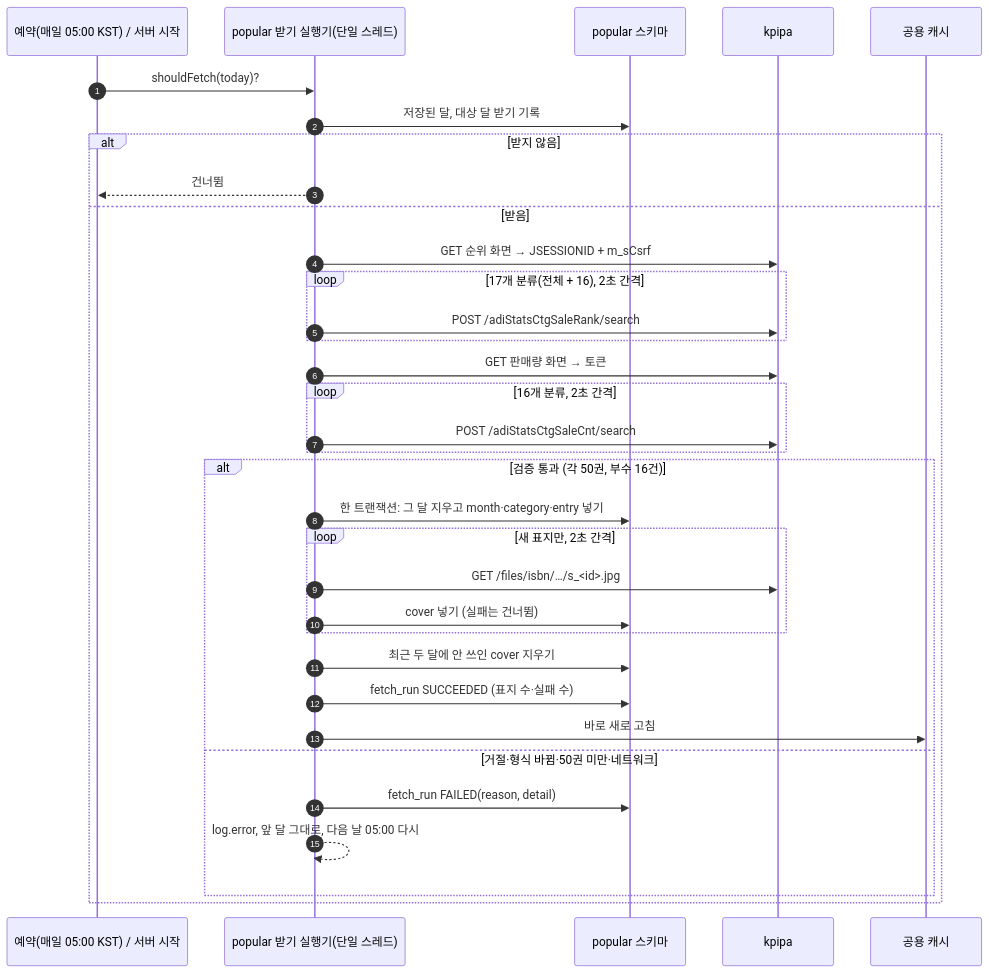
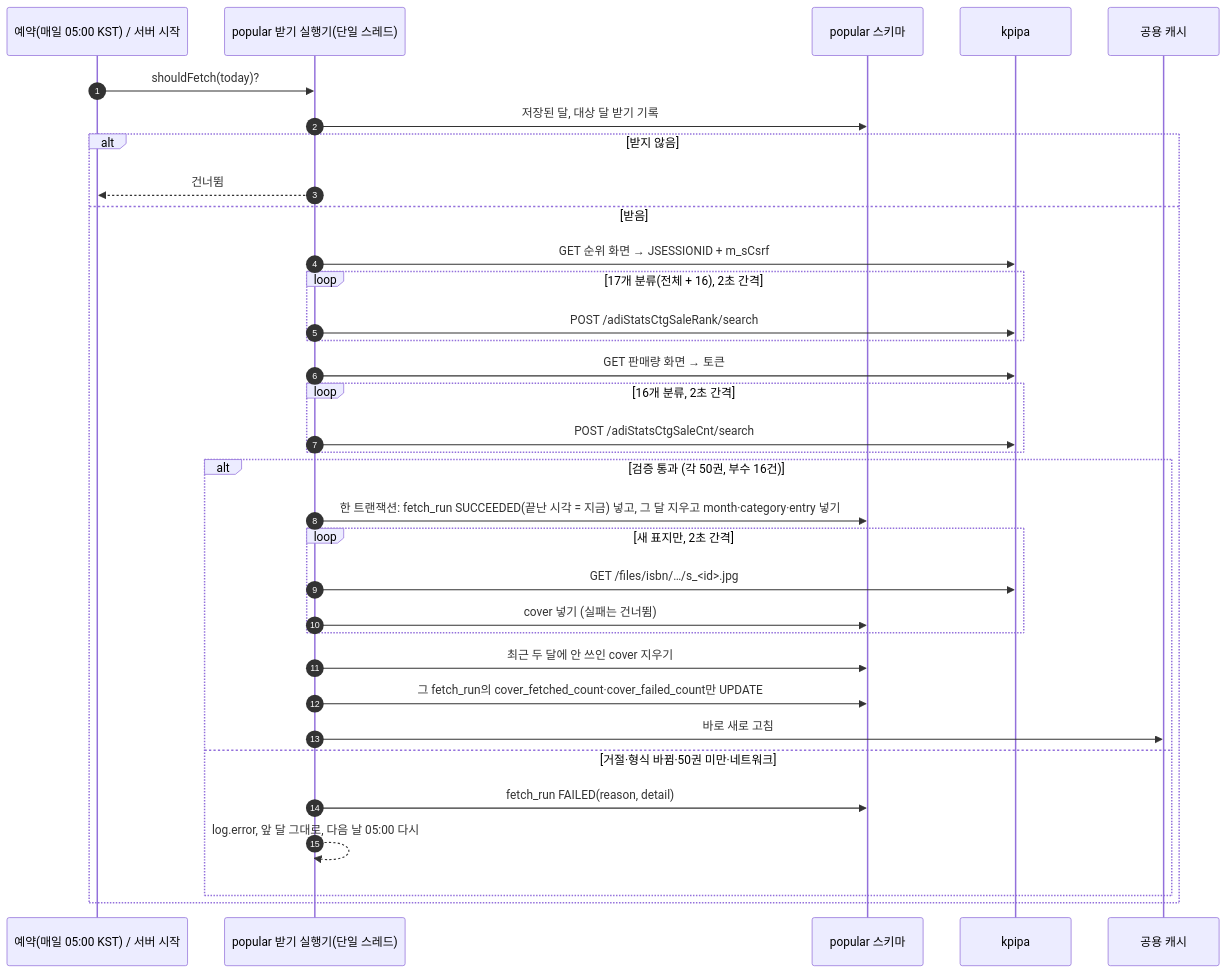
Before and after one commit to hodu-sketch/chaekcheck-plan: the second of 7 diagrams in docs/cycles/10-popular-books/design-delta.md, drawn with Mermaid. The commit also changed other lines of this file and 17 other files, not shown here.

````diff
--- a/docs/cycles/10-popular-books/design-delta.md
+++ b/docs/cycles/10-popular-books/design-delta.md
@@ -39,36 +39,36 @@
 ```mermaid
 sequenceDiagram
   autonumber
   participant T as 예약(매일 05:00 KST) / 서버 시작
   participant J as popular 받기 실행기(단일 스레드)
   participant DB as popular 스키마
   participant K as kpipa
   participant C as 공용 캐시
   T->>J: shouldFetch(today)?
   J->>DB: 저장된 달, 대상 달 받기 기록
   alt 받지 않음
     J-->>T: 건너뜀
   else 받음
     J->>K: GET 순위 화면 → JSESSIONID + m_sCsrf
     loop 17개 분류(전체 + 16), 2초 간격
       J->>K: POST /adiStatsCtgSaleRank/search
     end
     J->>K: GET 판매량 화면 → 토큰
     loop 16개 분류, 2초 간격
       J->>K: POST /adiStatsCtgSaleCnt/search
     end
     alt 검증 통과 (각 50권, 부수 16건)
-      J->>DB: 한 트랜잭션: 그 달 지우고 month·category·entry 넣기
+      J->>DB: 한 트랜잭션: fetch_run SUCCEEDED(끝난 시각 = 지금) 넣고, 그 달 지우고 month·category·entry 넣기
       loop 새 표지만, 2초 간격
         J->>K: GET /files/isbn/…/s_<id>.jpg
         J->>DB: cover 넣기 (실패는 건너뜀)
       end
       J->>DB: 최근 두 달에 안 쓰인 cover 지우기
-      J->>DB: fetch_run SUCCEEDED (표지 수·실패 수)
+      J->>DB: 그 fetch_run의 cover_fetched_count·cover_failed_count만 UPDATE
       J->>C: 바로 새로 고침
     else 거절·형식 바뀜·50권 미만·네트워크
       J->>DB: fetch_run FAILED(reason, detail)
       J-->>J: log.error, 앞 달 그대로, 다음 날 05:00 다시
     end
   end
 ```
````
